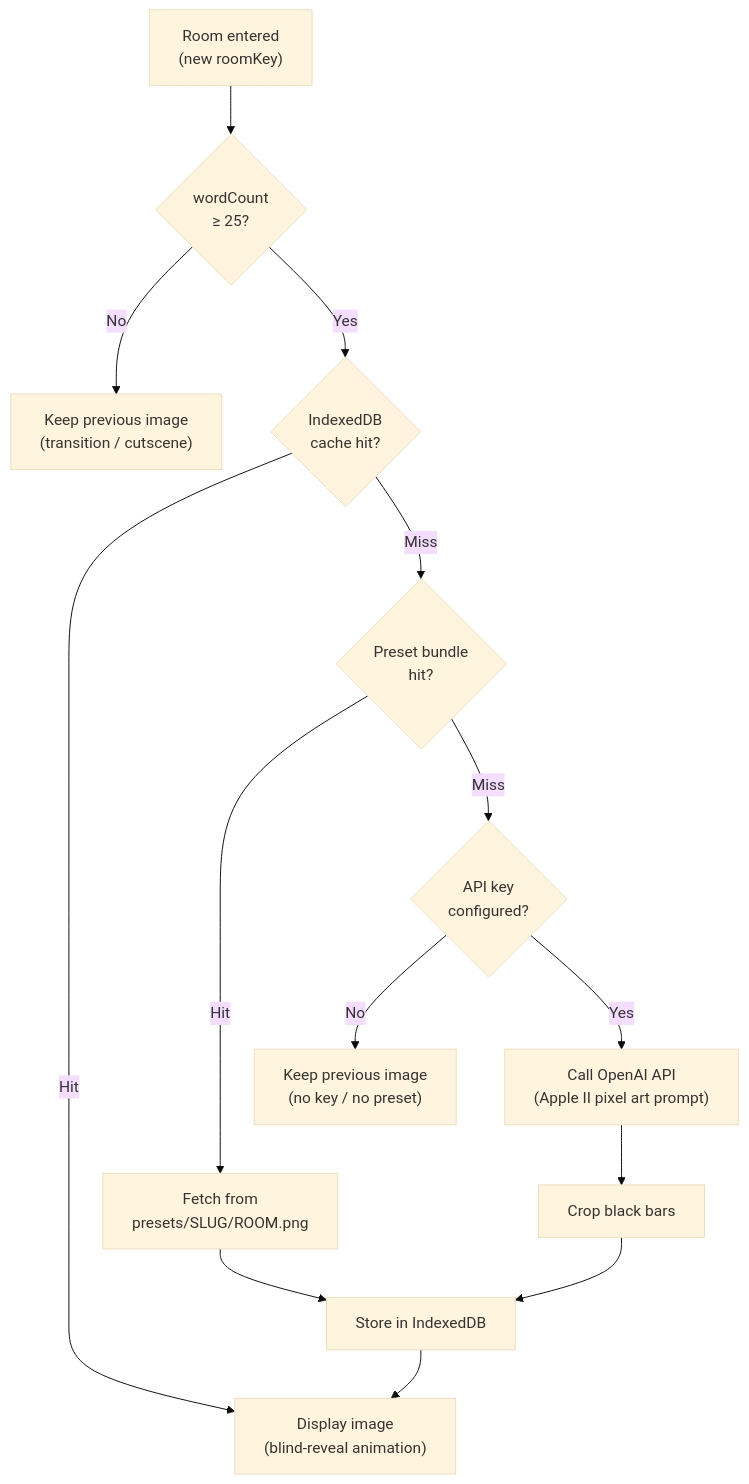
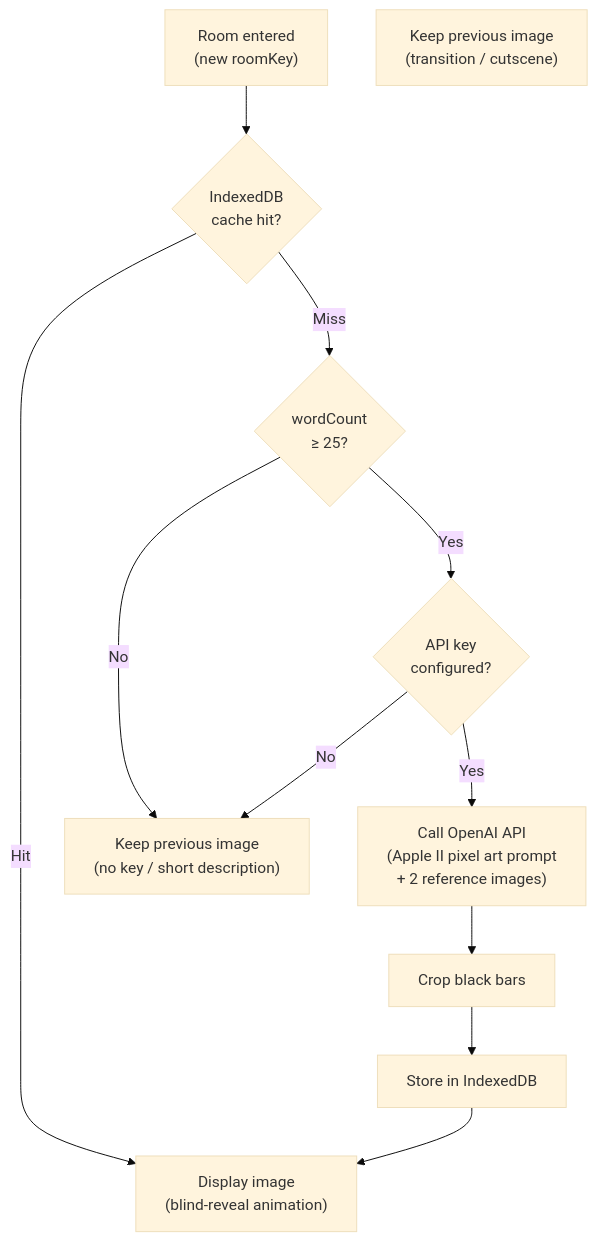
Before and after one commit to raz0red/ifwithgraphics: the third of 3 diagrams in README.md, drawn with Mermaid (base theme). The commit also changed other lines of this file and 21 other files, not shown here.

````diff
--- a/README.md
+++ b/README.md
@@ -199,29 +214,24 @@
 ```mermaid
 flowchart TD
     ROOM["Room entered\n(new roomKey)"]
     WC{"wordCount\n≥ 25?"}
     KEEP["Keep previous image\n(transition / cutscene)"]
     IDB{"IndexedDB\ncache hit?"}
     SHOW["Display image\n(blind-reveal animation)"]
-    PRESET{"Preset bundle\nhit?"}
-    FETCH["Fetch from\npresets/SLUG/ROOM.png"]
+    KEY{"API key\nconfigured?"}
+    GEN["Call OpenAI API\n(Apple II pixel art prompt\n+ 2 reference images)"]
+    CROP["Crop black bars"]
     CACHE["Store in IndexedDB"]
-    KEY{"API key\nconfigured?"}
-    GEN["Call OpenAI API\n(Apple II pixel art prompt)"]
-    CROP["Crop black bars"]
-    PLACEHOLDER["Keep previous image\n(no key / no preset)"]
+    PLACEHOLDER["Keep previous image\n(no key / short description)"]
 
-    ROOM --> WC
-    WC -->|No| KEEP
-    WC -->|Yes| IDB
+    ROOM --> IDB
     IDB -->|Hit| SHOW
-    IDB -->|Miss| PRESET
-    PRESET -->|Hit| FETCH
-    FETCH --> CACHE
-    CACHE --> SHOW
-    PRESET -->|Miss| KEY
+    IDB -->|Miss| WC
+    WC -->|No| PLACEHOLDER
+    WC -->|Yes| KEY
     KEY -->|No| PLACEHOLDER
     KEY -->|Yes| GEN
     GEN --> CROP
     CROP --> CACHE
+    CACHE --> SHOW
 ```
````
